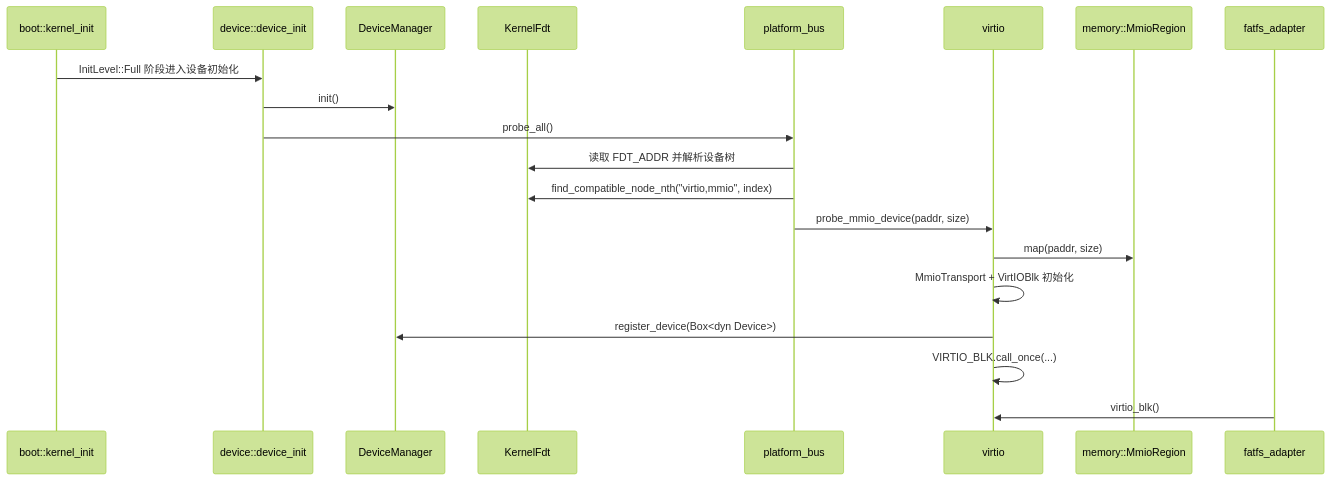
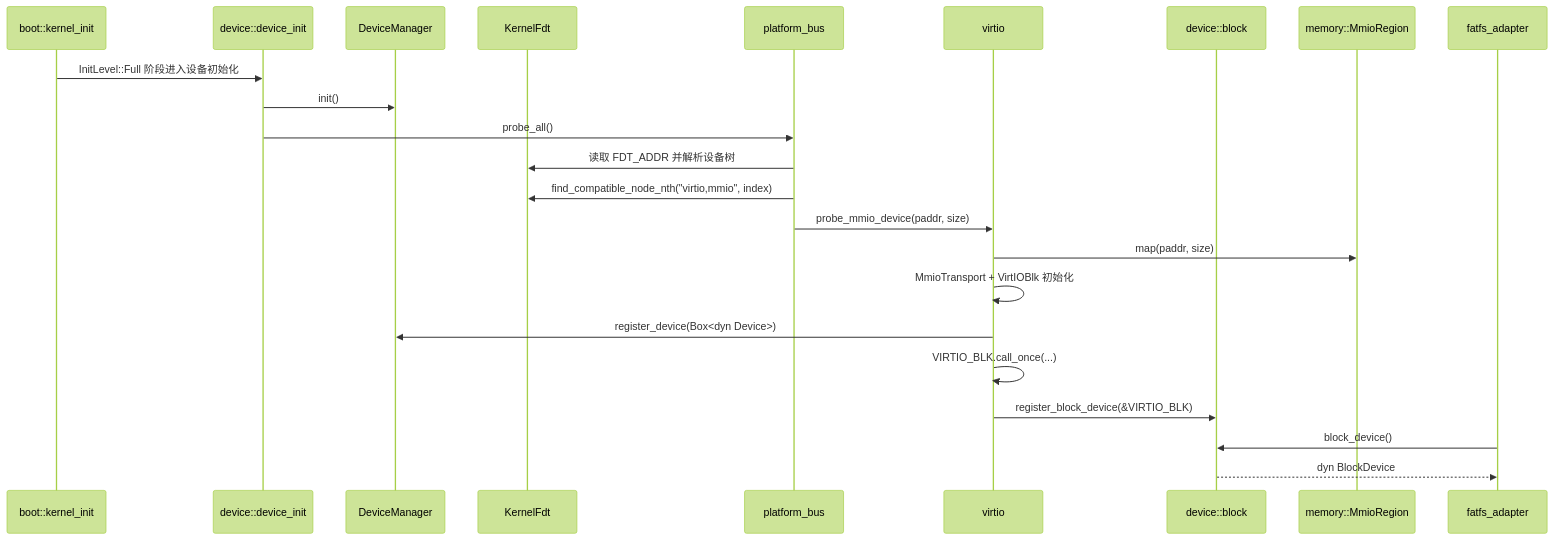
The diagram in docs/design/device-subsystem-current.md (MRNIU/SimpleKernel), drawn with Mermaid (forest theme) before and after one commit. The commit also changed other lines of this file and 7 other files, not shown here.

First line of the commit message:
feat(device): add block device facade

````diff
--- a/docs/design/device-subsystem-current.md
+++ b/docs/design/device-subsystem-current.md
@@ -27,23 +30,26 @@
 ```mermaid
 sequenceDiagram
   participant Boot as boot::kernel_init
   participant Device as device::device_init
   participant Manager as DeviceManager
   participant Fdt as KernelFdt
   participant Bus as platform_bus
   participant Virtio as virtio
+  participant Block as device::block
   participant Memory as memory::MmioRegion
   participant Fs as fatfs_adapter
 
   Boot->>Device: InitLevel::Full 阶段进入设备初始化
   Device->>Manager: init()
   Device->>Bus: probe_all()
   Bus->>Fdt: 读取 FDT_ADDR 并解析设备树
   Bus->>Fdt: find_compatible_node_nth("virtio,mmio", index)
   Bus->>Virtio: probe_mmio_device(paddr, size)
   Virtio->>Memory: map(paddr, size)
   Virtio->>Virtio: MmioTransport + VirtIOBlk 初始化
   Virtio->>Manager: register_device(Box<dyn Device>)
   Virtio->>Virtio: VIRTIO_BLK.call_once(...)
-  Fs->>Virtio: virtio_blk()
+  Virtio->>Block: register_block_device(&VIRTIO_BLK)
+  Fs->>Block: block_device()
+  Block-->>Fs: dyn BlockDevice
 ```
````
